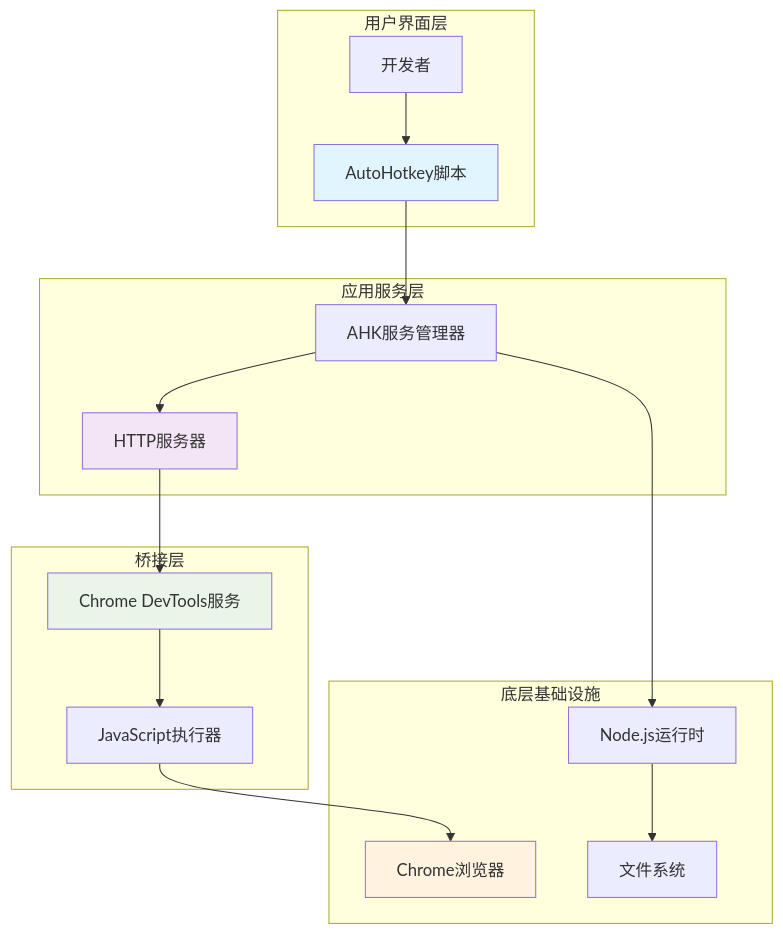
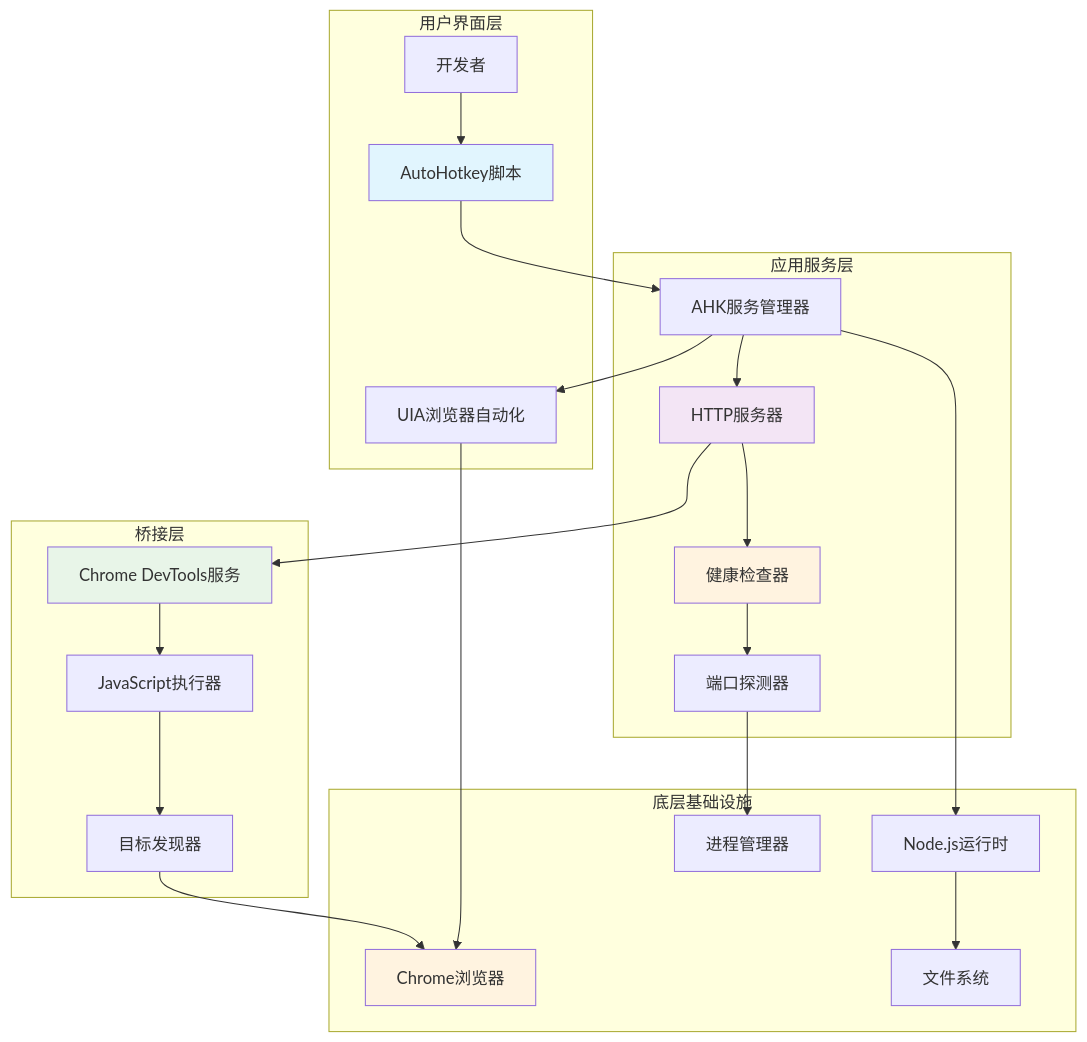
One commit to wangys-123doit/hotkey changed the second of 8 diagrams in .qoder/repowiki/zh/content/外部工具集成/Node.js桥接工具.md. Above: the diagram before and after it, drawn with Mermaid. The commit also changed other lines of this file and 5 other files, not shown here.

````diff
--- a/.qoder/repowiki/zh/content/外部工具集成/Node.js桥接工具.md
+++ b/.qoder/repowiki/zh/content/外部工具集成/Node.js桥接工具.md
@@ -119,32 +135,44 @@
 ```mermaid
 graph TB
 subgraph "用户界面层"
 AHK[AutoHotkey脚本]
 User[开发者]
+UIA[UIA浏览器自动化]
 end
 subgraph "应用服务层"
 AHKService[AHK服务管理器]
 HTTPServer[HTTP服务器]
+HealthChecker[健康检查器]
+PortProbe[端口探测器]
 end
 subgraph "桥接层"
 CDPServer[Chrome DevTools服务]
 JSEvaluator[JavaScript执行器]
+TargetFinder[目标发现器]
 end
 subgraph "底层基础设施"
 Chrome[Chrome浏览器]
 NodeJS[Node.js运行时]
 FileSystem[文件系统]
+ProcessManager[进程管理器]
 end
 User --> AHK
 AHK --> AHKService
 AHKService --> HTTPServer
+HTTPServer --> HealthChecker
+HealthChecker --> PortProbe
+PortProbe --> ProcessManager
+AHKService --> UIA
+UIA --> Chrome
 HTTPServer --> CDPServer
 CDPServer --> JSEvaluator
-JSEvaluator --> Chrome
+JSEvaluator --> TargetFinder
+TargetFinder --> Chrome
 AHKService --> NodeJS
 NodeJS --> FileSystem
 style AHK fill:#e1f5fe
 style HTTPServer fill:#f3e5f5
 style CDPServer fill:#e8f5e8
 style Chrome fill:#fff3e0
+style HealthChecker fill:#fff3e0
 ```
````
